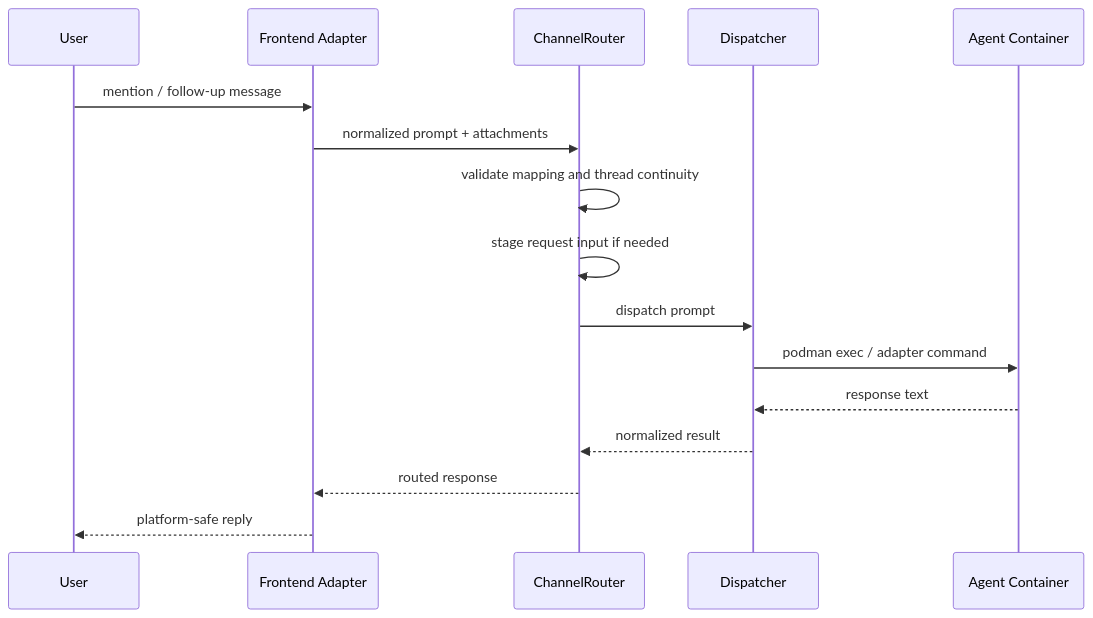
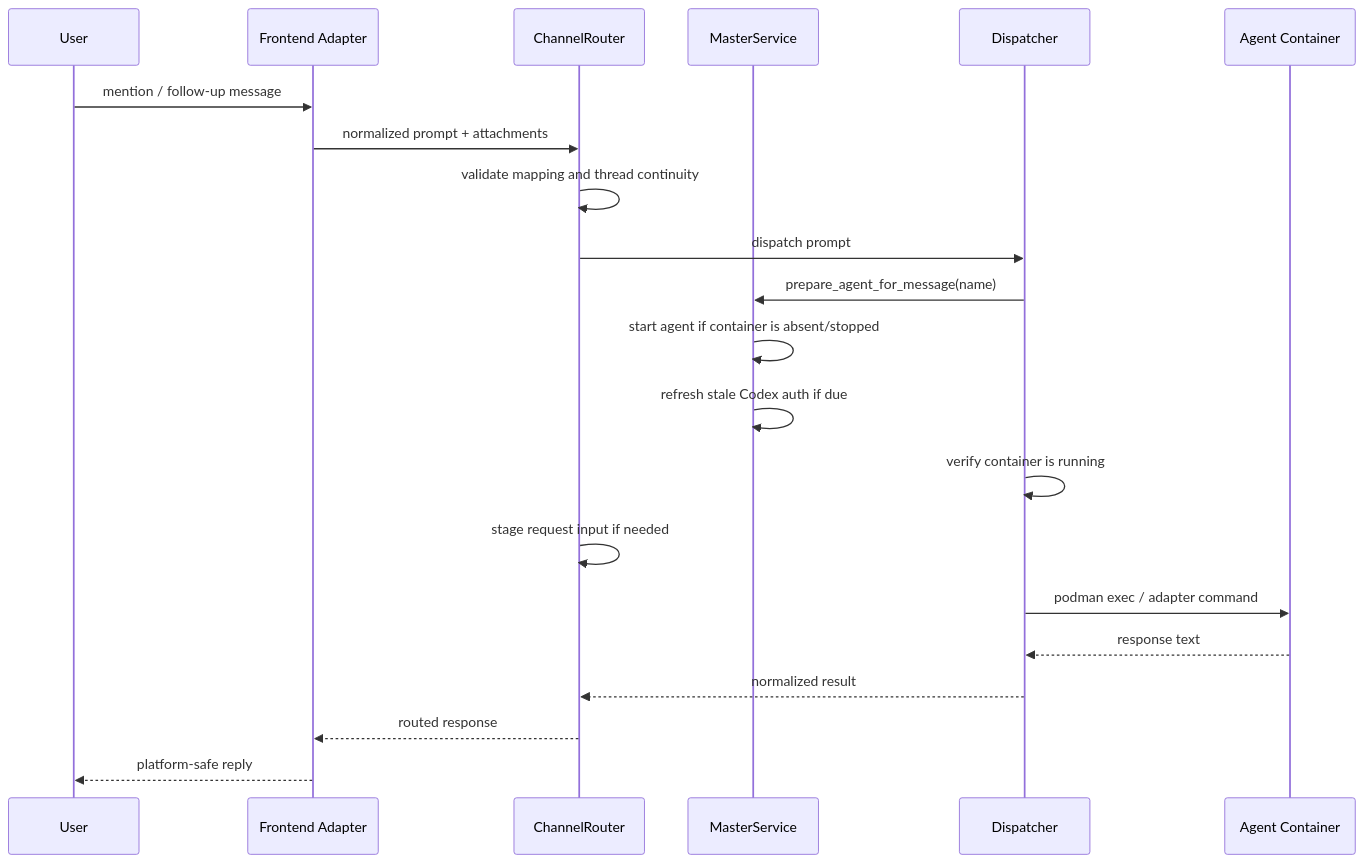
The third of 4 diagrams in docs/design/master-agent-architecture.md (pandazxx/codex-slack), drawn with Mermaid before and after one commit. The commit also changed other lines of this file and 6 other files, not shown here.

Commit message:
docs: document agent message prepare behavior

````diff
--- a/docs/design/master-agent-architecture.md
+++ b/docs/design/master-agent-architecture.md
@@ -170,19 +170,24 @@
 ```mermaid
 sequenceDiagram
     participant U as User
     participant FE as Frontend Adapter
     participant RT as ChannelRouter
+    participant M as MasterService
     participant DISP as Dispatcher
     participant AG as Agent Container
 
     U->>FE: mention / follow-up message
     FE->>RT: normalized prompt + attachments
     RT->>RT: validate mapping and thread continuity
+    RT->>DISP: dispatch prompt
+    DISP->>M: prepare_agent_for_message(name)
+    M->>M: start agent if container is absent/stopped
+    M->>M: refresh stale Codex auth if due
+    DISP->>DISP: verify container is running
     RT->>RT: stage request input if needed
-    RT->>DISP: dispatch prompt
     DISP->>AG: podman exec / adapter command
     AG-->>DISP: response text
     DISP-->>RT: normalized result
     RT-->>FE: routed response
     FE-->>U: platform-safe reply
 ```
````
